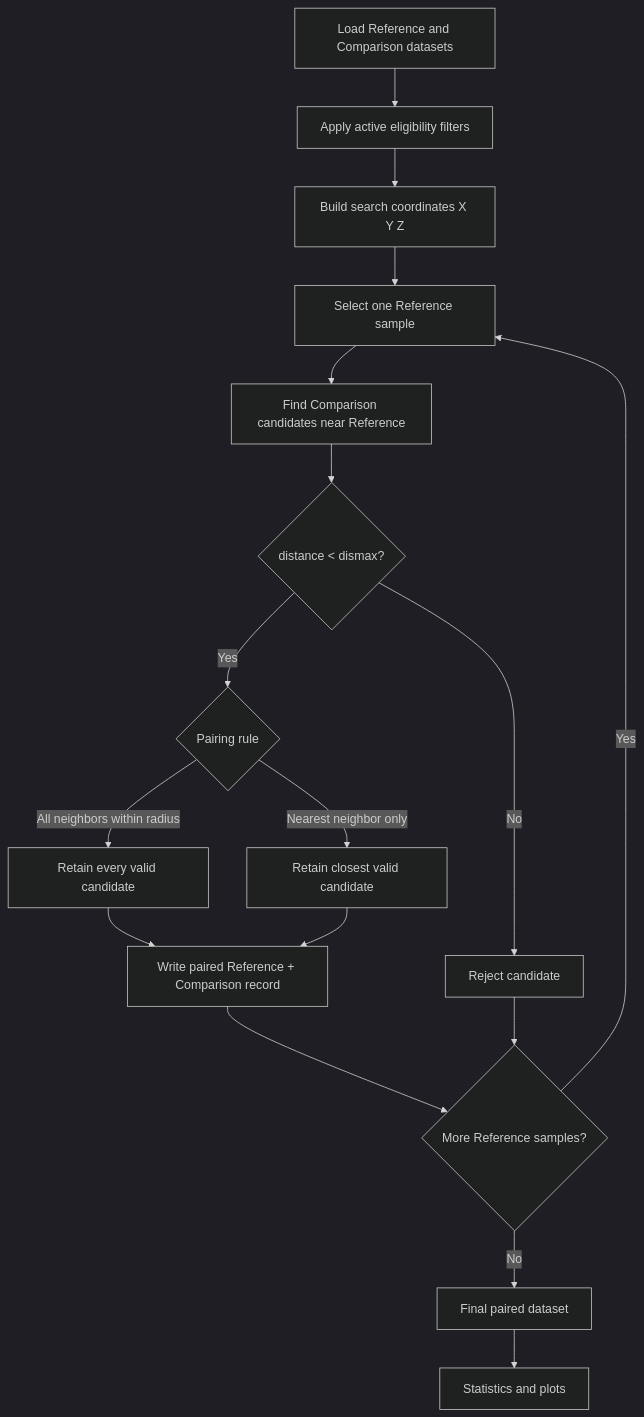
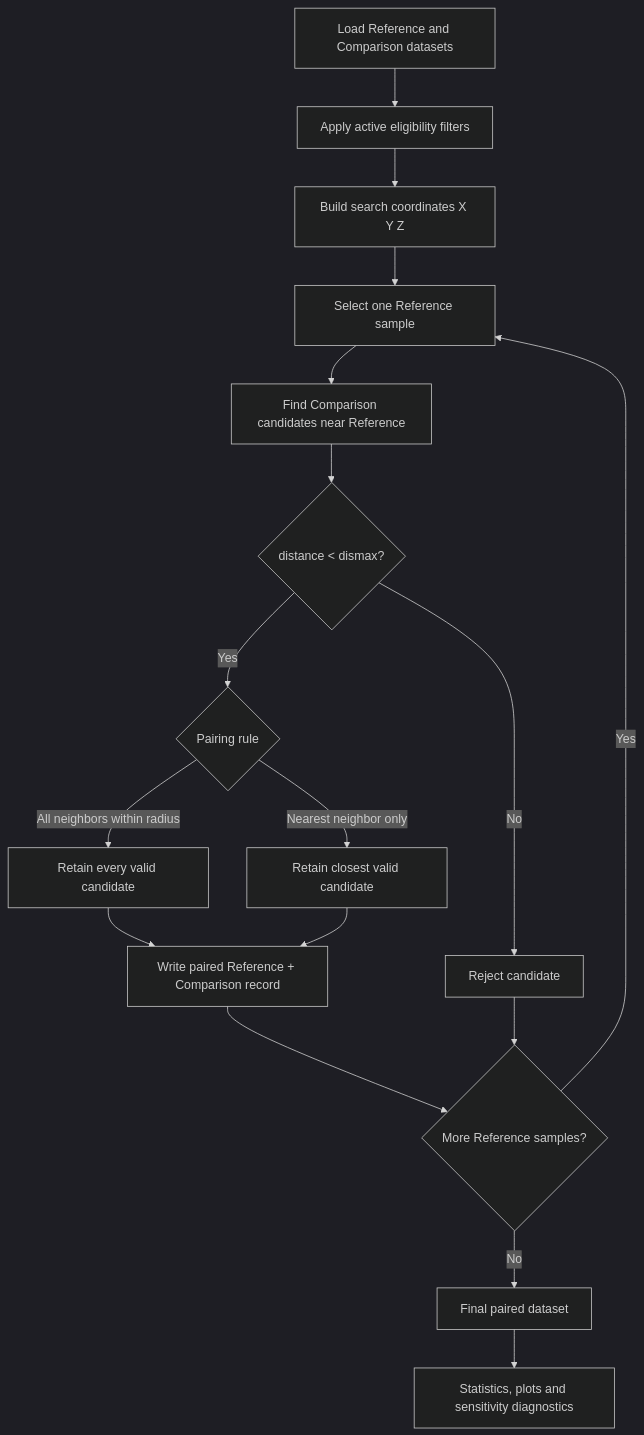
The diagram in TECHNICAL_NOTE.md (juliocesarsolano/Pairing_Analysis), drawn with Mermaid (dark theme) before and after one commit. The commit also changed other lines of this file and 1 other file, not shown here.

````diff
--- a/TECHNICAL_NOTE.md
+++ b/TECHNICAL_NOTE.md
@@ -60,24 +69,24 @@
 ```mermaid
 flowchart TD
     A[Load Reference and Comparison datasets] --> B[Apply active eligibility filters]
     B --> C[Build search coordinates X Y Z]
     C --> D[Select one Reference sample]
     D --> E[Find Comparison candidates near Reference]
     E --> F{distance < dismax?}
 
     F -- No --> G[Reject candidate]
     F -- Yes --> H{Pairing rule}
 
     H -- All neighbors within radius --> I[Retain every valid candidate]
     H -- Nearest neighbor only --> J[Retain closest valid candidate]
 
     I --> K[Write paired Reference + Comparison record]
     J --> K
 
     K --> L{More Reference samples?}
     G --> L
 
     L -- Yes --> D
     L -- No --> M[Final paired dataset]
-    M --> N[Statistics and plots]
+    M --> N[Statistics, plots and sensitivity diagnostics]
 ```
````
